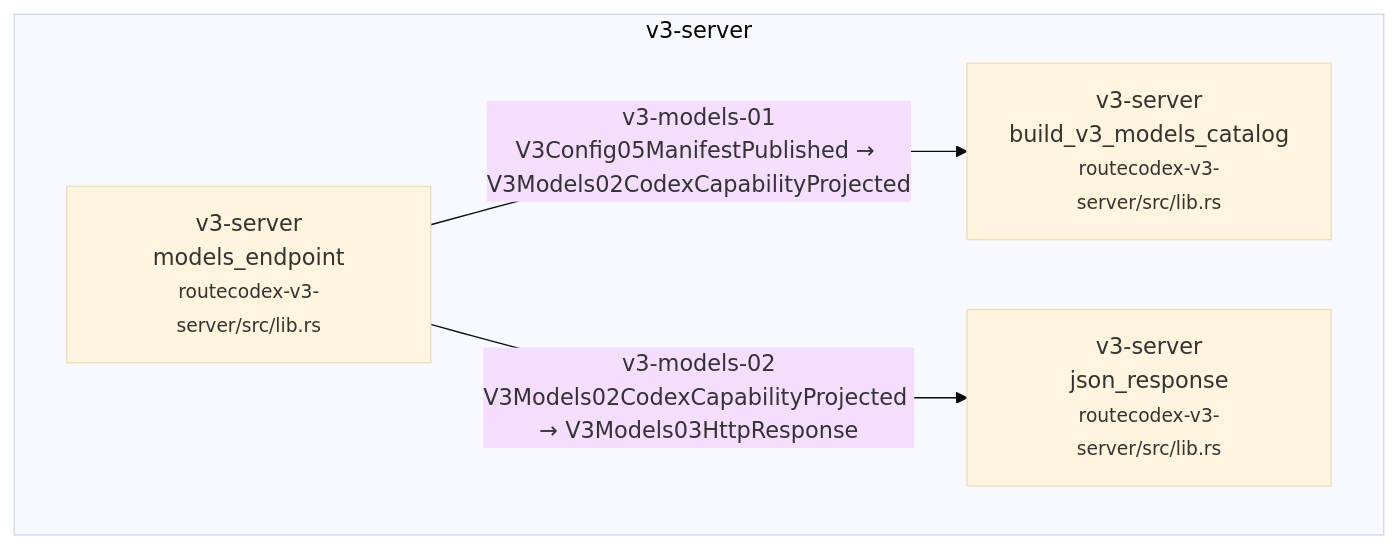
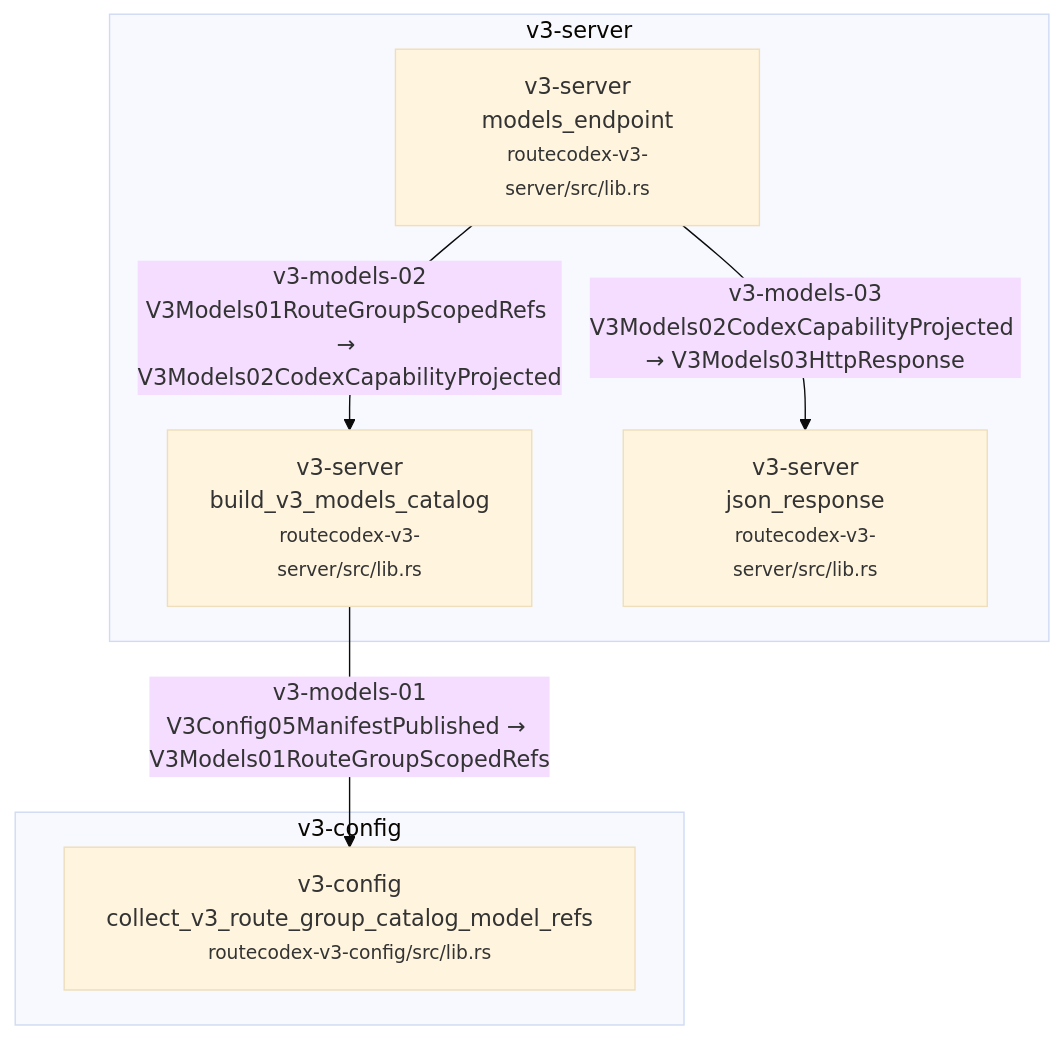
The fifth of 37 diagrams in docs/architecture/wiki/v3-mainline-caller-flow.md (Jasonzhangf/routecodex), drawn with Mermaid (base theme) before and after one commit. The commit also changed other lines of this file and 51 other files, not shown here.

````diff
--- a/docs/architecture/wiki/v3-mainline-caller-flow.md
+++ b/docs/architecture/wiki/v3-mainline-caller-flow.md
@@ -219,10 +219,14 @@
 ```mermaid
 flowchart TD
+  subgraph c_3_v3_models_capability_catalog_m_v3_config["v3-config"]
+    c_3_v3_models_capability_catalog_1["v3-config<br/>collect_v3_route_group_catalog_model_refs<br/><small>routecodex-v3-config/src/lib.rs</small>"]
+  end
   subgraph c_3_v3_models_capability_catalog_m_v3_server["v3-server"]
-    c_3_v3_models_capability_catalog_0["v3-server<br/>models_endpoint<br/><small>routecodex-v3-server/src/lib.rs</small>"]
-    c_3_v3_models_capability_catalog_1["v3-server<br/>build_v3_models_catalog<br/><small>routecodex-v3-server/src/lib.rs</small>"]
-    c_3_v3_models_capability_catalog_2["v3-server<br/>json_response<br/><small>routecodex-v3-server/src/lib.rs</small>"]
+    c_3_v3_models_capability_catalog_0["v3-server<br/>build_v3_models_catalog<br/><small>routecodex-v3-server/src/lib.rs</small>"]
+    c_3_v3_models_capability_catalog_2["v3-server<br/>models_endpoint<br/><small>routecodex-v3-server/src/lib.rs</small>"]
+    c_3_v3_models_capability_catalog_3["v3-server<br/>json_response<br/><small>routecodex-v3-server/src/lib.rs</small>"]
   end
-  c_3_v3_models_capability_catalog_0 -->|v3-models-01<br/>V3Config05ManifestPublished → V3Models02CodexCapabilityProjected| c_3_v3_models_capability_catalog_1
-  c_3_v3_models_capability_catalog_0 -->|v3-models-02<br/>V3Models02CodexCapabilityProjected → V3Models03HttpResponse| c_3_v3_models_capability_catalog_2
+  c_3_v3_models_capability_catalog_0 -->|v3-models-01<br/>V3Config05ManifestPublished → V3Models01RouteGroupScopedRefs| c_3_v3_models_capability_catalog_1
+  c_3_v3_models_capability_catalog_2 -->|v3-models-02<br/>V3Models01RouteGroupScopedRefs → V3Models02CodexCapabilityProjected| c_3_v3_models_capability_catalog_0
+  c_3_v3_models_capability_catalog_2 -->|v3-models-03<br/>V3Models02CodexCapabilityProjected → V3Models03HttpResponse| c_3_v3_models_capability_catalog_3
 ```
````
